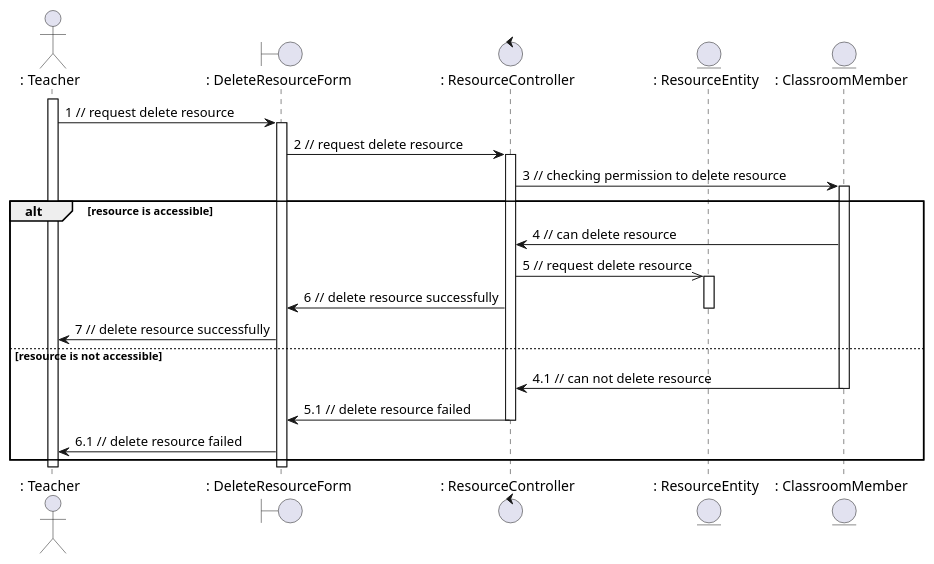
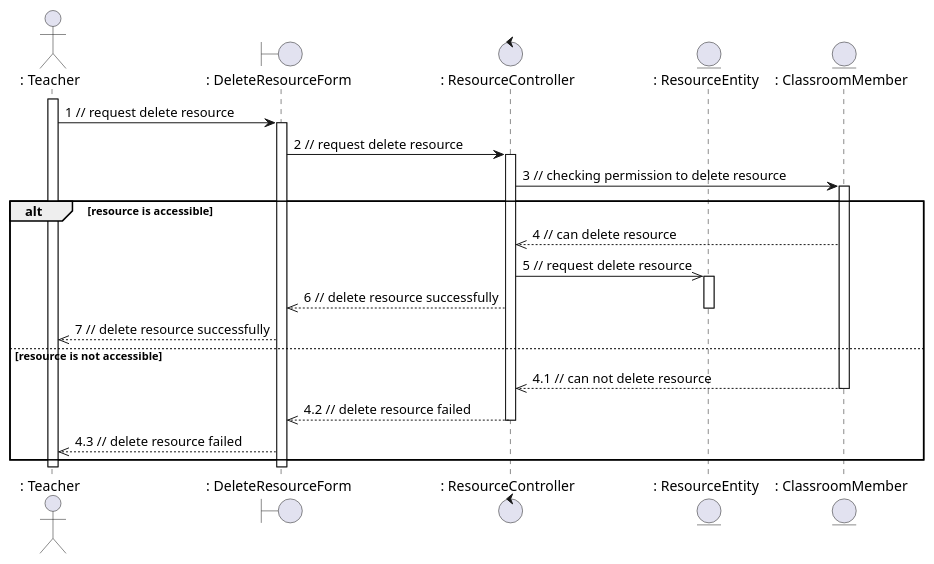
The diagram in sequence - analysis/resource/deleteResource.plantuml (anonyhostvn/OOAD-Diagram), drawn with PlantUML before and after one commit. The commit also changed 20 other files, not shown here.

Commit message:
fix sequence analaysis numbering

```diff
--- a/sequence - analysis/resource/deleteResource.plantuml
+++ b/sequence - analysis/resource/deleteResource.plantuml
@@ -1,36 +1,36 @@
 @startuml deleteResource
 
 actor ": Teacher"
 boundary ": DeleteResourceForm"
 control ": ResourceController"
 entity ": ResourceEntity"
 entity ": ClassroomMember"
 
 activate ": Teacher"
 
 ": Teacher" -> ": DeleteResourceForm": 1 // request delete resource
 activate ": DeleteResourceForm"
 ": DeleteResourceForm" -> ": ResourceController": 2 // request delete resource
 activate ": ResourceController"
 ": ResourceController" -> ": ClassroomMember": 3 // checking permission to delete resource
 activate ": ClassroomMember"
 alt resource is accessible
-    ": ClassroomMember" -> ": ResourceController": 4 // can delete resource
+    ": ClassroomMember" -->> ": ResourceController": 4 // can delete resource
     ": ResourceController" ->> ": ResourceEntity": 5 // request delete resource
     activate ": ResourceEntity"
-    ": ResourceController" -> ": DeleteResourceForm": 6 // delete resource successfully
+    ": ResourceController" -->> ": DeleteResourceForm": 6 // delete resource successfully
     deactivate ": ResourceEntity"
-    ": DeleteResourceForm" -> ": Teacher": 7 // delete resource successfully
+    ": DeleteResourceForm" -->> ": Teacher": 7 // delete resource successfully
 else resource is not accessible
-    ": ClassroomMember" -> ": ResourceController": 4.1 // can not delete resource
+    ": ClassroomMember" -->> ": ResourceController": 4.1 // can not delete resource
     deactivate ": ClassroomMember"
-    ": ResourceController" -> ": DeleteResourceForm": 5.1 // delete resource failed
+    ": ResourceController" -->> ": DeleteResourceForm": 4.2 // delete resource failed
     deactivate ": ResourceController"
-    ": DeleteResourceForm" -> ": Teacher": 6.1 // delete resource failed
+    ": DeleteResourceForm" -->> ": Teacher": 4.3 // delete resource failed
 end
 
 deactivate ": Teacher"
 deactivate ": DeleteResourceForm"
 
 
 @enduml
```
